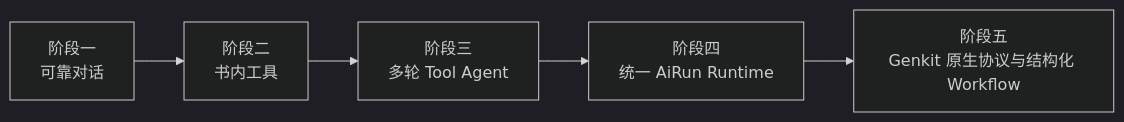
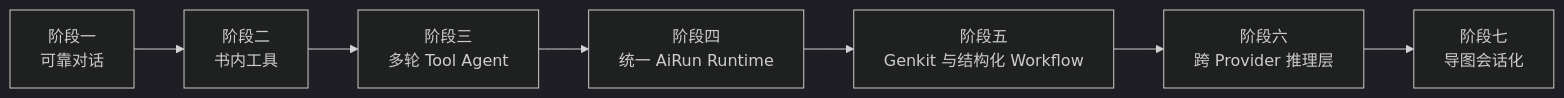
Before and after one commit to robeshell/kaijuan: the first of 2 diagrams in docs/research/ai-chat-agent-evolution.md, drawn with Mermaid (dark theme). The commit also changed other lines of this file and 36 other files, not shown here.

````diff
--- a/docs/research/ai-chat-agent-evolution.md
+++ b/docs/research/ai-chat-agent-evolution.md
@@ -42,7 +44,9 @@
 ```mermaid
 flowchart LR
     P1["阶段一<br/>可靠对话"] --> P2["阶段二<br/>书内工具"]
     P2 --> P3["阶段三<br/>多轮 Tool Agent"]
     P3 --> P4["阶段四<br/>统一 AiRun Runtime"]
-    P4 --> P5["阶段五<br/>Genkit 原生协议与结构化 Workflow"]
+    P4 --> P5["阶段五<br/>Genkit 与结构化 Workflow"]
+    P5 --> P6["阶段六<br/>跨 Provider 推理层"]
+    P6 --> P7["阶段七<br/>导图会话化"]
 ```
````
